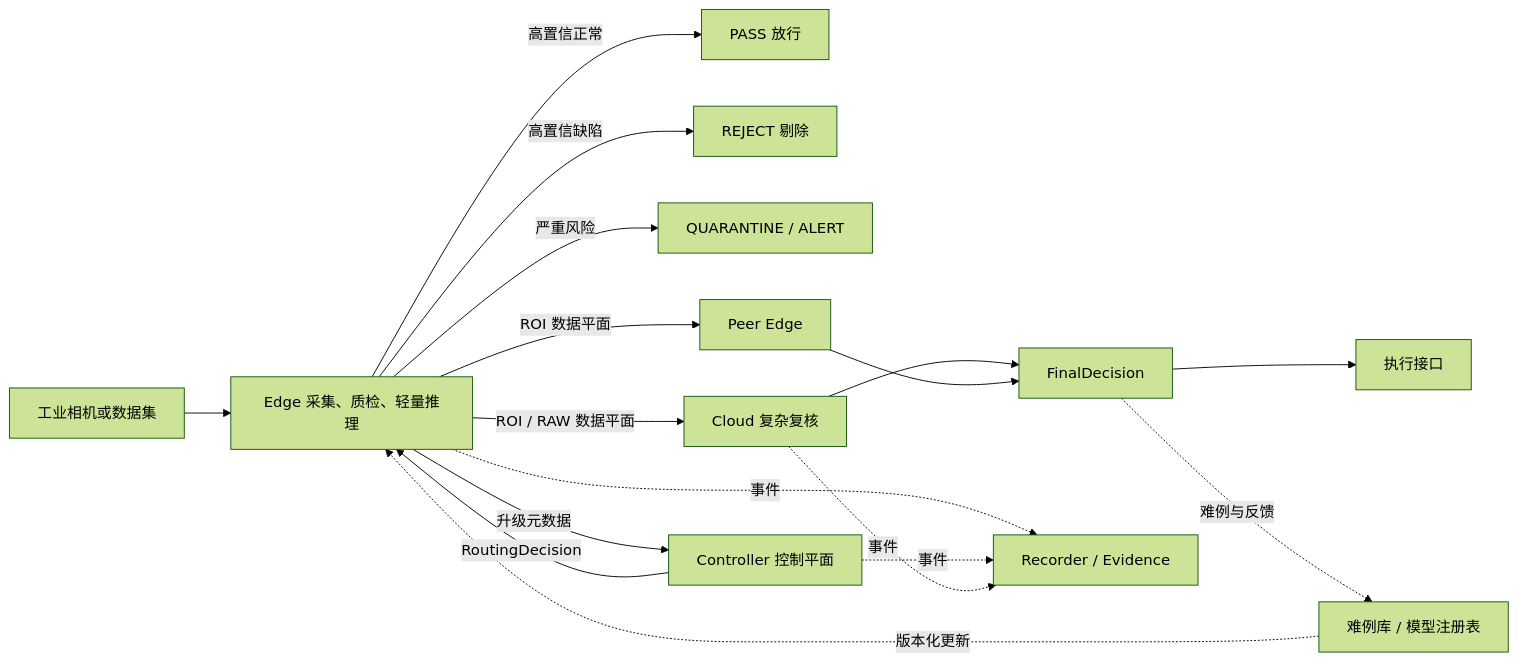
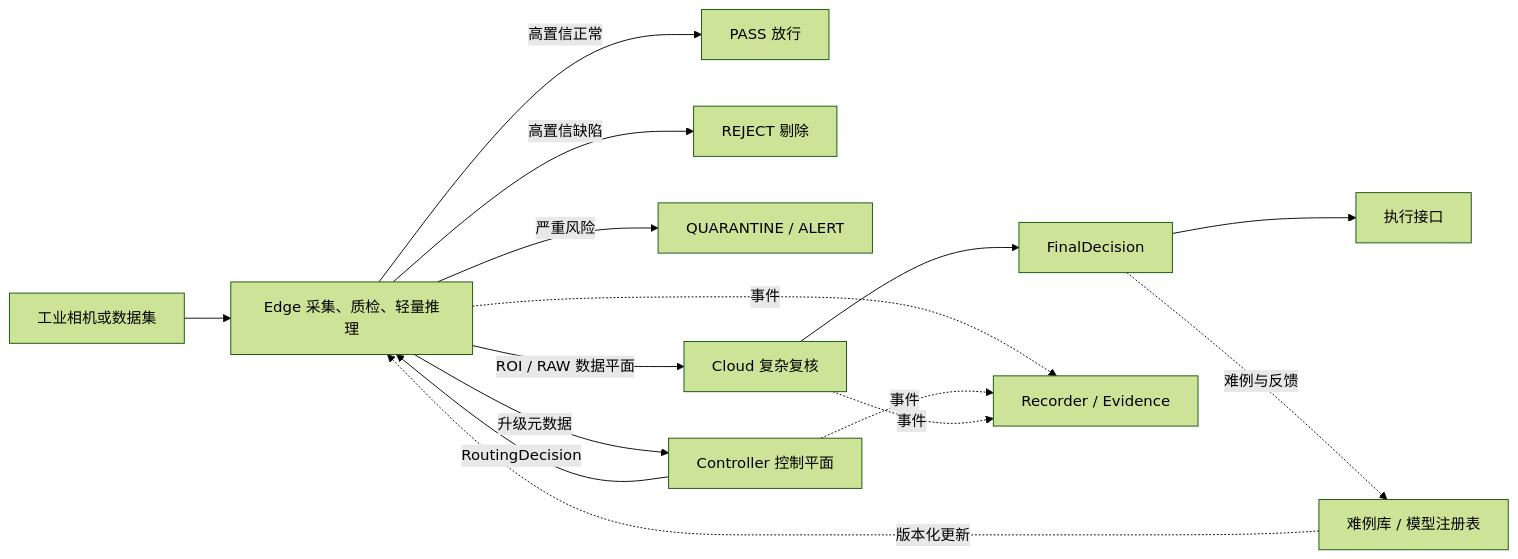
One commit to jry21223/cloud-edge-decision-system changed the diagram in docs/INDUSTRIAL_VISION_TECHNICAL_IMPLEMENTATION.md. Above: the diagram before and after it, drawn with Mermaid (forest theme). The commit also changed other lines of this file and 16 other files, not shown here.

````diff
--- a/docs/INDUSTRIAL_VISION_TECHNICAL_IMPLEMENTATION.md
+++ b/docs/INDUSTRIAL_VISION_TECHNICAL_IMPLEMENTATION.md
@@ -60,19 +62,17 @@
 ```mermaid
 flowchart LR
     CAM["工业相机或数据集"] --> EDGE["Edge 采集、质检、轻量推理"]
     EDGE -->|"高置信正常"| PASS["PASS 放行"]
     EDGE -->|"高置信缺陷"| REJECT["REJECT 剔除"]
     EDGE -->|"严重风险"| SAFE["QUARANTINE / ALERT"]
     EDGE -->|"升级元数据"| CTRL["Controller 控制平面"]
     CTRL -->|"RoutingDecision"| EDGE
     EDGE -->|"ROI / RAW 数据平面"| CLOUD["Cloud 复杂复核"]
-    EDGE -->|"ROI 数据平面"| PEER["Peer Edge"]
     CLOUD --> FINAL["FinalDecision"]
-    PEER --> FINAL
     FINAL --> ACT["执行接口"]
     EDGE -. "事件" .-> REC["Recorder / Evidence"]
     CTRL -. "事件" .-> REC
     CLOUD -. "事件" .-> REC
     FINAL -. "难例与反馈" .-> KB["难例库 / 模型注册表"]
     KB -. "版本化更新" .-> EDGE
 ```
````
